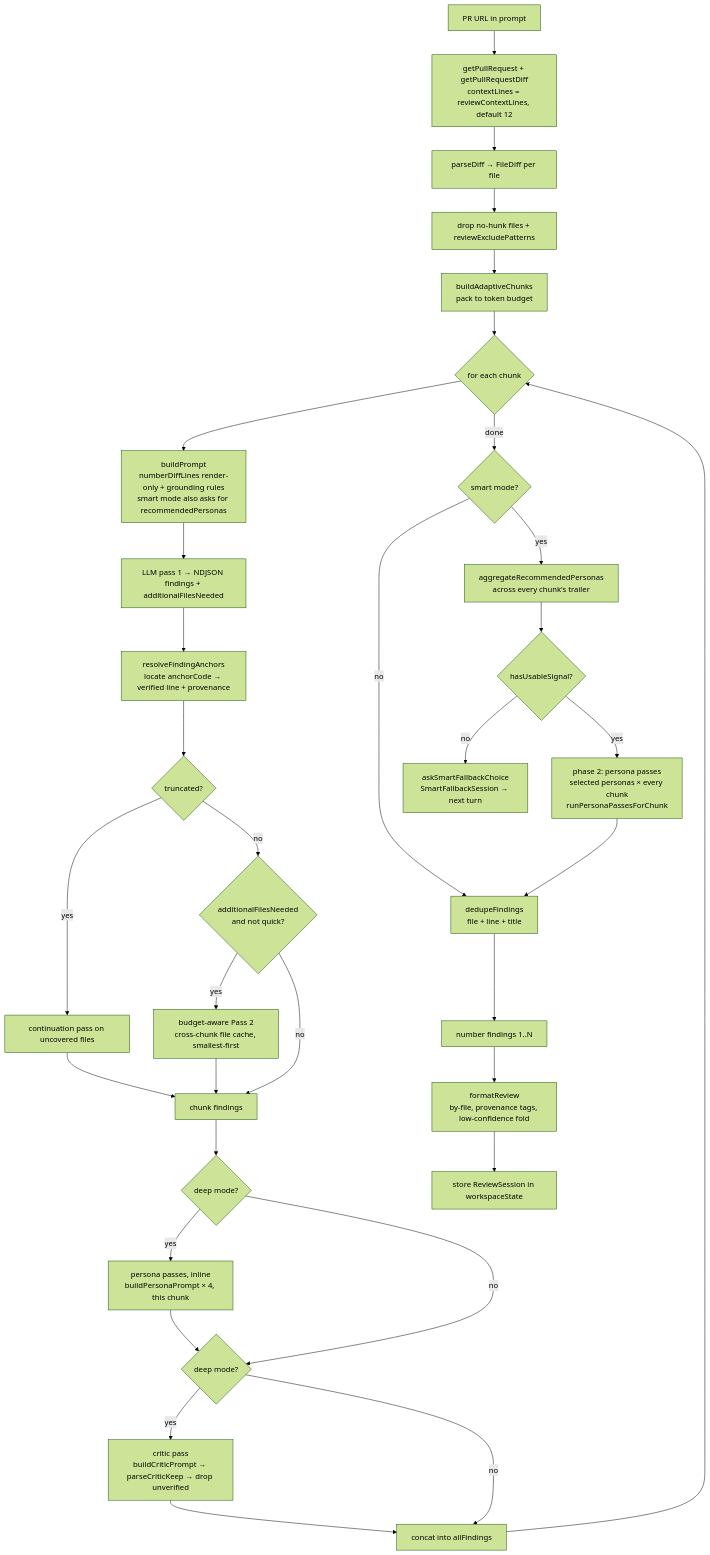
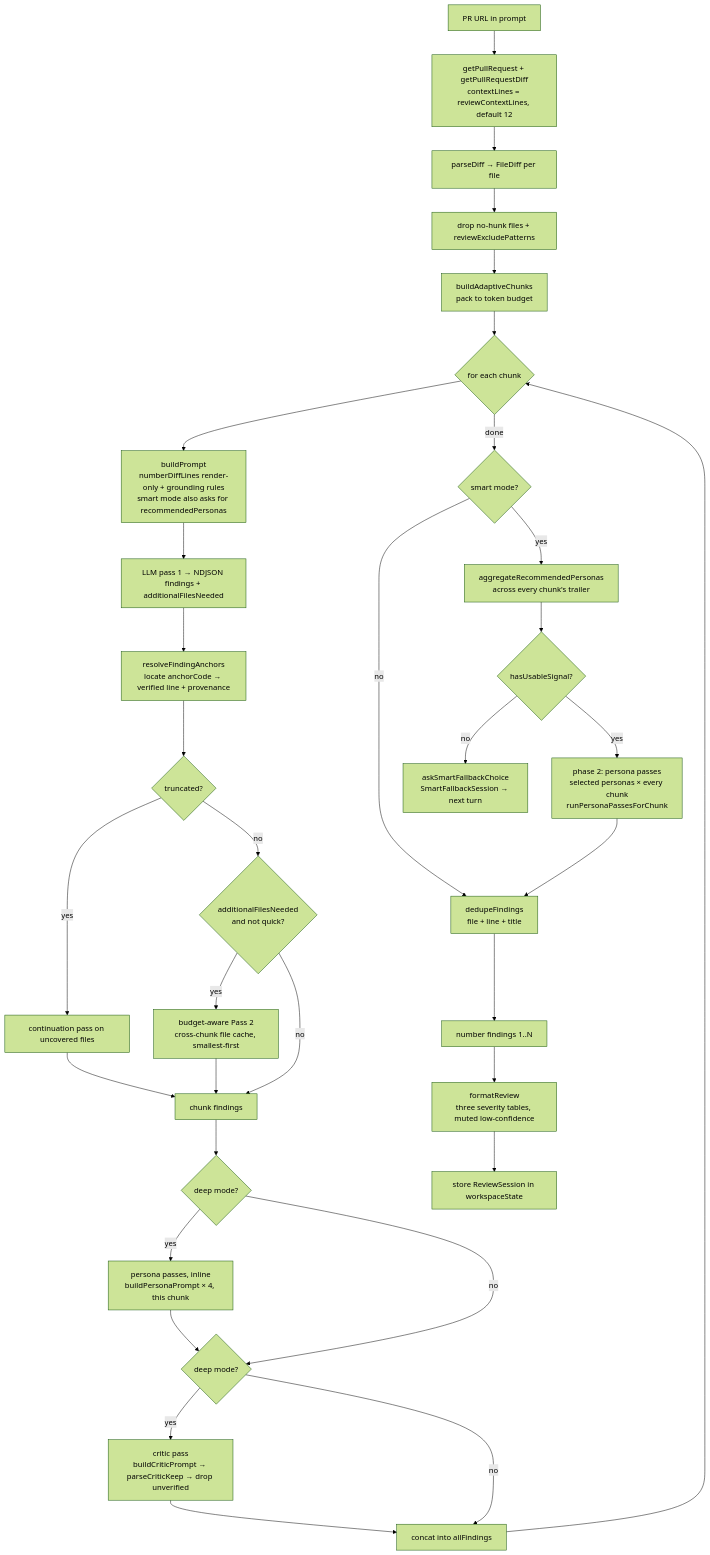
One commit to rbreunung/ticket-sidekick changed the first of 2 diagrams in docs/review-process.md. Above: the diagram before and after it, drawn with Mermaid (forest theme). The commit also changed other lines of this file and 4 other files, not shown here.

Commit message:
feat(bitbucket): drop confidence-fold funnel stage, mute instead (U5)

````diff
--- a/docs/review-process.md
+++ b/docs/review-process.md
@@ -16,36 +16,36 @@
 ```mermaid
 flowchart TD
     A[PR URL in prompt] --> B[getPullRequest + getPullRequestDiff<br/>contextLines = reviewContextLines, default 12]
     B --> C[parseDiff → FileDiff per file]
     C --> D[drop no-hunk files + reviewExcludePatterns]
     D --> E[buildAdaptiveChunks<br/>pack to token budget]
     E --> F{for each chunk}
     F --> G[buildPrompt<br/>numberDiffLines render-only + grounding rules<br/>smart mode also asks for recommendedPersonas]
     G --> H[LLM pass 1 → NDJSON findings + additionalFilesNeeded]
     H --> I[resolveFindingAnchors<br/>locate anchorCode → verified line + provenance]
     I --> J{truncated?}
     J -- yes --> K[continuation pass on uncovered files]
     J -- no --> L{additionalFilesNeeded<br/>and not quick?}
     L -- yes --> M[budget-aware Pass 2<br/>cross-chunk file cache, smallest-first]
     L -- no --> N
     K --> N
     M --> N[chunk findings]
     N --> DP{deep mode?}
     DP -- yes --> PP[persona passes, inline<br/>buildPersonaPrompt × 4, this chunk]
     DP -- no --> O
     PP --> O{deep mode?}
     O -- yes --> P[critic pass<br/>buildCriticPrompt → parseCriticKeep → drop unverified]
     O -- no --> Q
     P --> Q[concat into allFindings]
     Q --> F
     F -- done --> SM{smart mode?}
     SM -- no --> R
     SM -- yes --> AGG[aggregateRecommendedPersonas<br/>across every chunk's trailer]
     AGG --> USB{hasUsableSignal?}
     USB -- no --> FB[askSmartFallbackChoice<br/>SmartFallbackSession → next turn]
     USB -- yes --> PP2[phase 2: persona passes<br/>selected personas × every chunk<br/>runPersonaPassesForChunk]
     PP2 --> R[dedupeFindings<br/>file + line + title]
     R --> S[number findings 1..N]
-    S --> T[formatReview<br/>by-file, provenance tags, low-confidence fold]
+    S --> T[formatReview<br/>three severity tables, muted low-confidence]
     T --> U[store ReviewSession in workspaceState]
 ```
````
